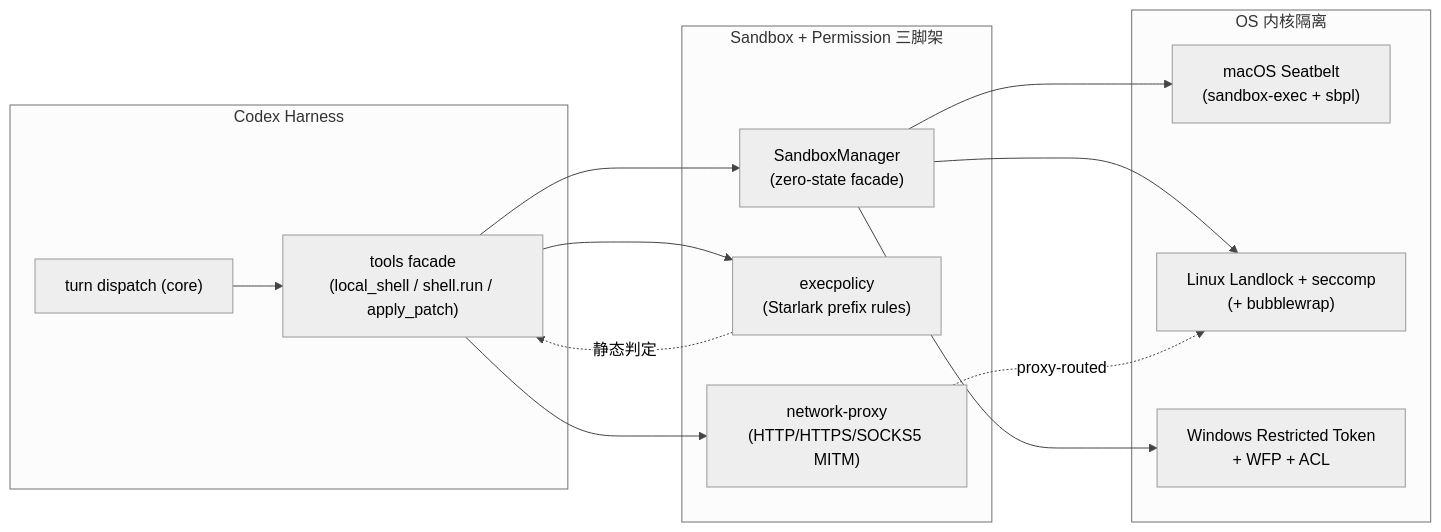
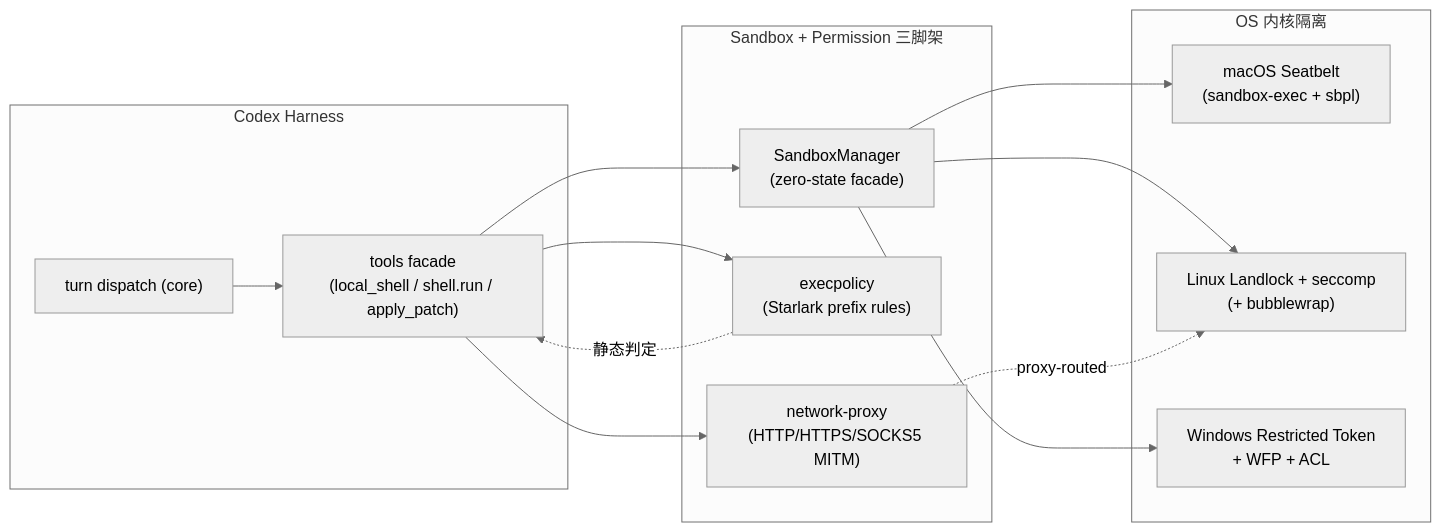
One commit to GLBB/codex-source-analysis changed the first of 5 diagrams in Part III Comparative Analysis/25-Codex沙箱与权限对比.md. Above: the diagram before and after it, drawn with Mermaid. The commit also changed other lines of this file and 29 other files, not shown here.

````diff
--- a/Part III Comparative Analysis/25-Codex沙箱与权限对比.md
+++ b/Part III Comparative Analysis/25-Codex沙箱与权限对比.md
@@ -158,32 +158,32 @@
 ```mermaid
-%%{init: {"theme":"neutral","themeVariables":{"background":"#ffffff","primaryColor":"#ffffff","primaryBorderColor":"#444444","lineColor":"#444444","textColor":"#000000"}}}%%
+%%{init:{'theme':'neutral','themeVariables':{'background':'#ffffff'}}}%%
 flowchart LR
     subgraph Codex["Codex Harness"]
         Turn["turn dispatch (core)"]
         Tools["tools facade<br/>(local_shell / shell.run / apply_patch)"]
     end
 
     subgraph Tripod["Sandbox + Permission 三脚架"]
         SM["SandboxManager<br/>(zero-state facade)"]
         EP["execpolicy<br/>(Starlark prefix rules)"]
         NP["network-proxy<br/>(HTTP/HTTPS/SOCKS5 MITM)"]
     end
 
     subgraph Kernel["OS 内核隔离"]
         MAC["macOS Seatbelt<br/>(sandbox-exec + sbpl)"]
         LIN["Linux Landlock + seccomp<br/>(+ bubblewrap)"]
         WIN["Windows Restricted Token<br/>+ WFP + ACL"]
     end
 
     Turn --> Tools
     Tools --> SM
     Tools --> EP
     Tools --> NP
 
     SM --> MAC
     SM --> LIN
     SM --> WIN
 
     NP -.proxy-routed.-> LIN
     EP -.静态判定.-> Tools
 ```
````
